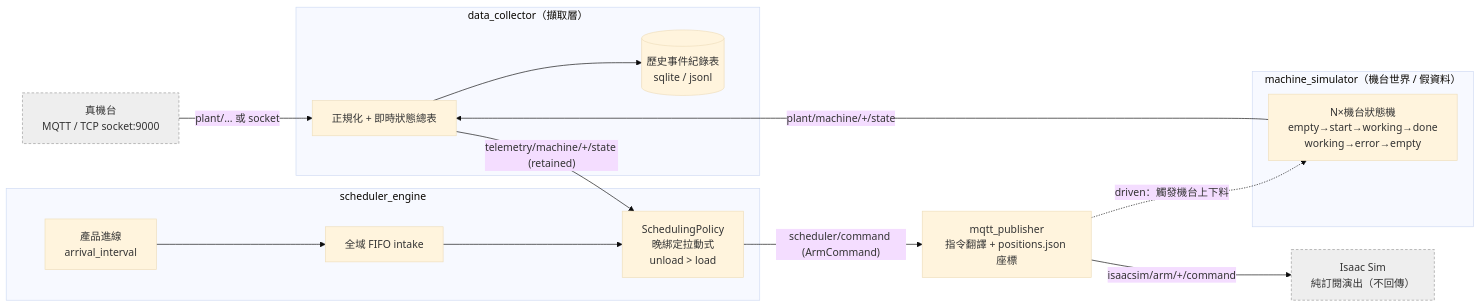
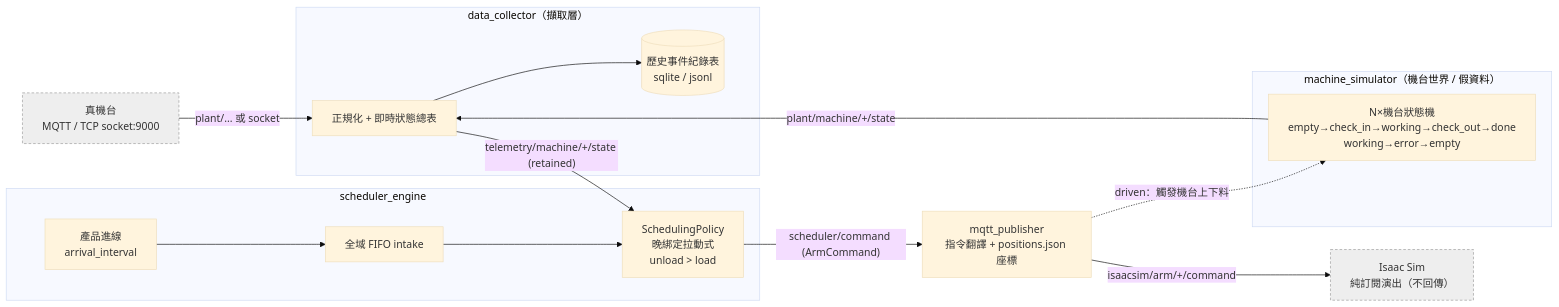
The first of 2 diagrams in README.md (tsuhaoyang/isaac_sim_data_simulator), drawn with Mermaid (base theme) before and after one commit. The commit also changed other lines of this file and 15 other files, not shown here.

First line of the commit message:
feat(machine): add check_in / check_out tray states

````diff
--- a/README.md
+++ b/README.md
@@ -13,30 +13,30 @@
 ```mermaid
 flowchart LR
     REAL["真機台<br/>MQTT / TCP socket:9000"]:::ext
 
     subgraph plant["machine_simulator（機台世界 / 假資料）"]
-      MM["N×機台狀態機<br/>empty→start→working→done<br/>working→error→empty"]
+      MM["N×機台狀態機<br/>empty→check_in→working→check_out→done<br/>working→error→empty"]
     end
 
     subgraph collector["data_collector（擷取層）"]
       NORM["正規化 + 即時狀態總表"]
       LOG[("歷史事件紀錄表<br/>sqlite / jsonl")]
     end
 
     subgraph scheduler["scheduler_engine"]
       GEN["產品進線<br/>arrival_interval"] --> Q["全域 FIFO intake"] --> POL["SchedulingPolicy<br/>晚綁定拉動式<br/>unload &gt; load"]
     end
 
     PUB["mqtt_publisher<br/>指令翻譯 + positions.json 座標"]
     ISAAC["Isaac Sim<br/>純訂閱演出（不回傳）"]:::ext
 
     MM -- "plant/machine/+/state" --> NORM
     REAL -- "plant/... 或 socket" --> NORM
     NORM --> LOG
     NORM -- "telemetry/machine/+/state (retained)" --> POL
     POL -- "scheduler/command (ArmCommand)" --> PUB
     PUB -- "isaacsim/arm/+/command" --> ISAAC
     PUB -. "driven：觸發機台上下料" .-> MM
 
     classDef ext fill:#eee,stroke:#999,stroke-dasharray:4 3,color:#333;
 ```
````
